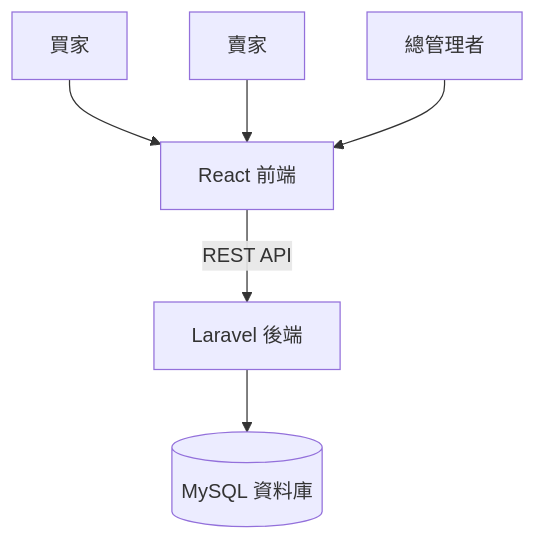
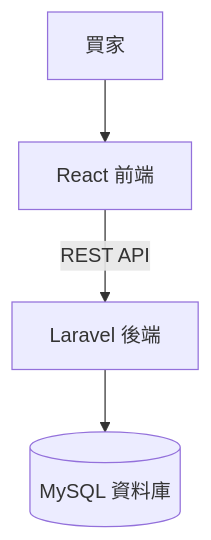
One commit to Yang-012/PhpfinalProject changed the diagram in README.md. Above: the diagram before and after it, drawn with Mermaid.

````diff
--- a/README.md
+++ b/README.md
@@ -4,9 +4,8 @@
 ```mermaid
 graph TD
     Buyer[買家] --> ReactApp[React 前端]
-    Seller[賣家] --> ReactApp
-    Admin[總管理者] --> ReactApp
+    
 
     ReactApp -->|REST API | LaravelAPI[Laravel 後端]
     LaravelAPI --> MySQL[(MySQL 資料庫)]
 ```
````
